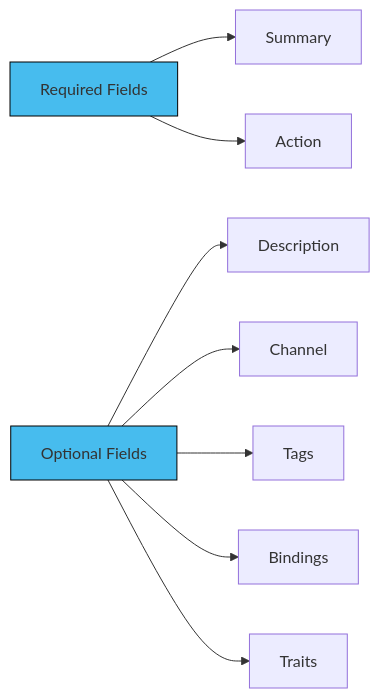
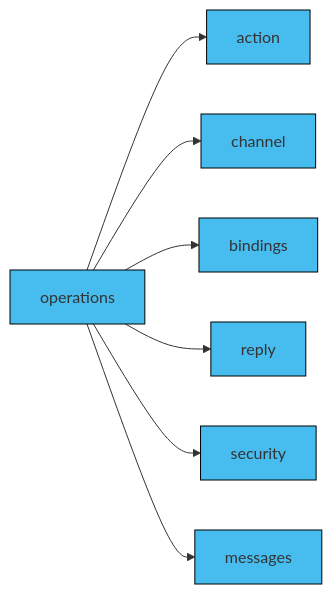
Before and after one commit to asyncapi/website: the diagram in pages/docs/concepts/asyncapi-document/adding-operations.md, drawn with Mermaid. The commit also changed other lines of this file, not shown here.

````diff
--- a/pages/docs/concepts/asyncapi-document/adding-operations.md
+++ b/pages/docs/concepts/asyncapi-document/adding-operations.md
@@ -17,21 +16,17 @@
 ```mermaid
-graph LR
-A[Required Fields]
-B[Summary]
-C[Action]
-D[Optional Fields]
-E[Description]
-F[Channel]
-G[Tags]
-H[Bindings]
-I[Traits]
-A --> B
-A --> C
-D --> E
-D --> F
-D --> G
-D --> H
-D --> I
-style A fill:#47BCEE,stroke:#000;
-style D fill:#47BCEE,stroke:#000
+flowchart LR
+  C[operations]
+  F[action]
+  I[channel]
+  A[messages]
+  B[reply]
+  D[bindings]
+  E[security]
+  C --> F
+  C --> I
+  C --> D
+  C --> B
+  C --> E
+  C --> A
+  classDef default fill:#47BCEE,stroke:#000;
 ```
````
